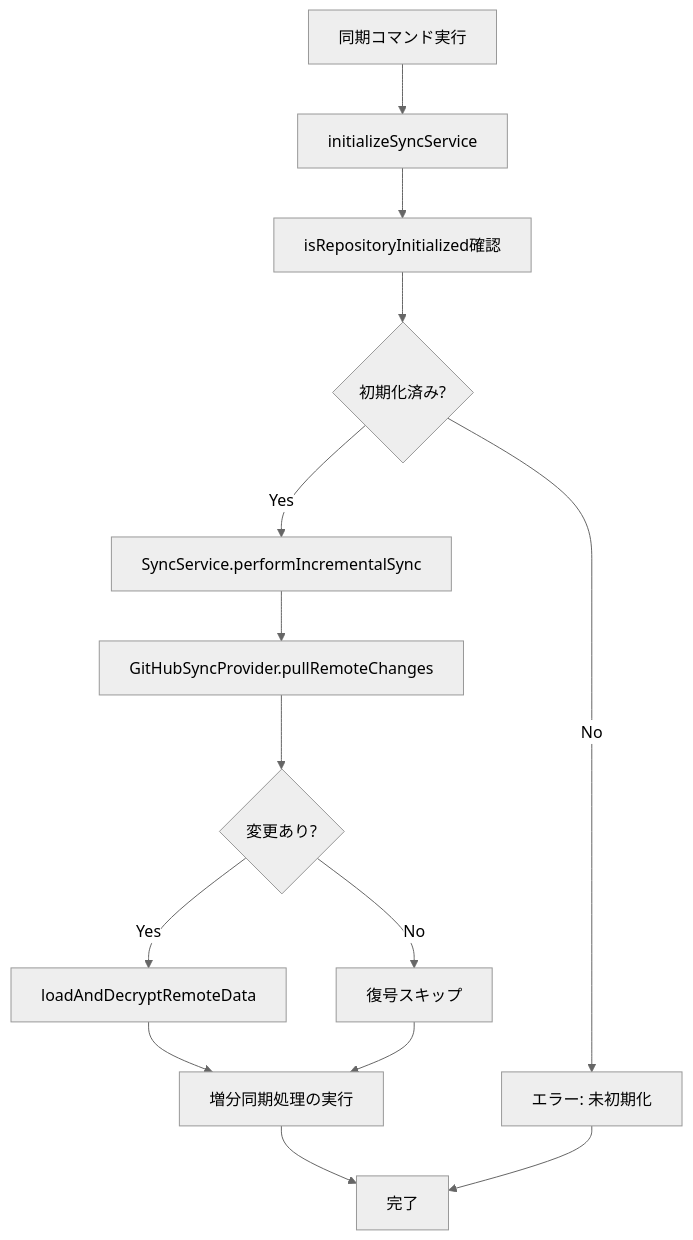
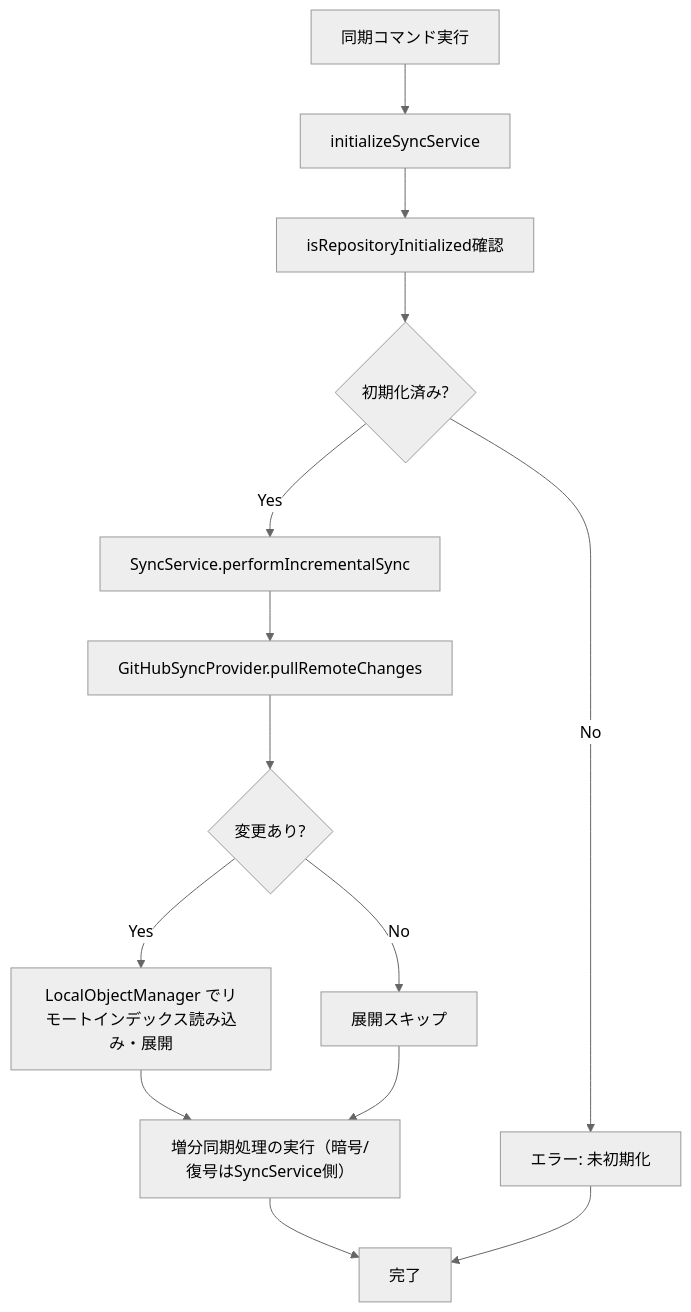
The fourth of 4 diagrams in docs/sync-process-detailed-analysis.md (masahide/SecureNotesSyncVSCodeExt), drawn with Mermaid (neutral theme) before and after one commit. The commit also changed other lines of this file and 11 other files, not shown here.

````diff
--- a/docs/sync-process-detailed-analysis.md
+++ b/docs/sync-process-detailed-analysis.md
@@ -101,16 +101,16 @@
 ```mermaid
 graph TD
     A[同期コマンド実行] --> B[initializeSyncService];
     B --> C[isRepositoryInitialized確認];
     C --> D{初期化済み?};
     D -->|No| E[エラー: 未初期化];
     D -->|Yes| F[SyncService.performIncrementalSync];
     F --> G[GitHubSyncProvider.pullRemoteChanges];
     G --> H{変更あり?};
-    H -->|Yes| I[loadAndDecryptRemoteData];
-    H -->|No| J[復号スキップ];
-    I --> K[増分同期処理の実行];
-    J --> K[増分同期処理の実行];
+    H -->|Yes| I[LocalObjectManager でリモートインデックス読み込み・展開];
+    H -->|No| J[展開スキップ];
+    I --> K[増分同期処理の実行（暗号/復号はSyncService側）];
+    J --> K[増分同期処理の実行（暗号/復号はSyncService側）];
     K --> L[完了];
     E --> L;
 ```
````
